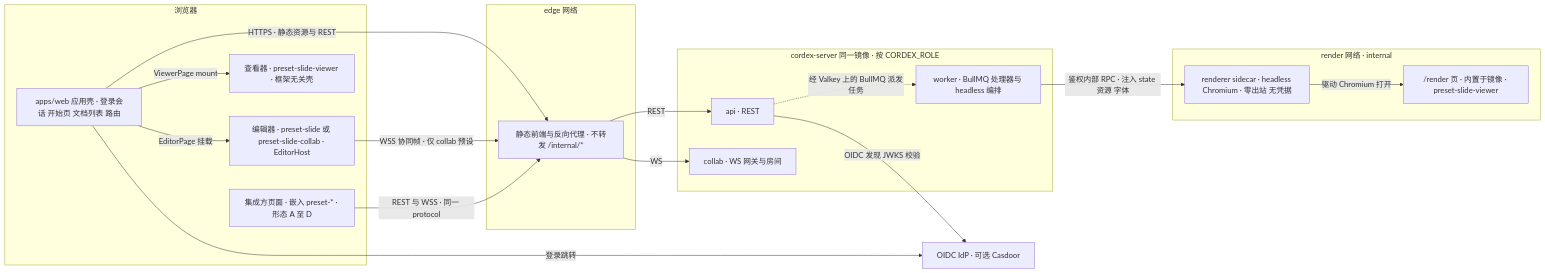
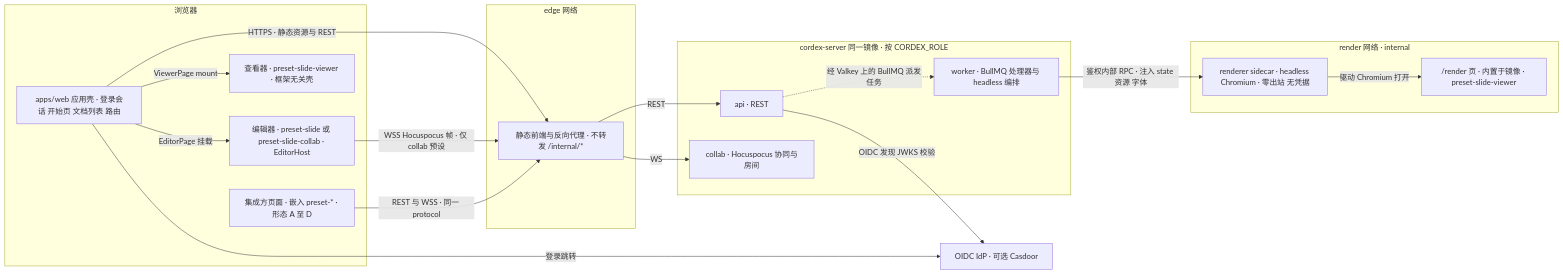
The second of 36 diagrams in docs/40-modules/18-atlas-system-and-frontend.md (Xeonice/cordis-ppt-editor), drawn with Mermaid before and after one commit. The commit also changed other lines of this file and 78 other files, not shown here.

````diff
--- a/docs/40-modules/18-atlas-system-and-frontend.md
+++ b/docs/40-modules/18-atlas-system-and-frontend.md
@@ -63,34 +63,34 @@
 ```mermaid
 flowchart LR
   subgraph browser["浏览器"]
     appShell["apps/web 应用壳 · 登录会话 开始页 文档列表 路由"]
     editorC["编辑器 · preset-slide 或 preset-slide-collab · EditorHost"]
     viewerC["查看器 · preset-slide-viewer · 框架无关壳"]
     embedC["集成方页面 · 嵌入 preset-* · 形态 A 至 D"]
   end
   subgraph edgeNet["edge 网络"]
     proxy["静态前端与反向代理 · 不转发 /internal/*"]
   end
   subgraph app["cordex-server 同一镜像 · 按 CORDEX_ROLE"]
     apiC["api · REST"]
-    collabC["collab · WS 网关与房间"]
+    collabC["collab · Hocuspocus 协同与房间"]
     workerC["worker · BullMQ 处理器与 headless 编排"]
   end
   subgraph renderNet["render 网络 · internal"]
     rendererC["renderer sidecar · headless Chromium · 零出站 无凭据"]
     renderPage["/render 页 · 内置于镜像 · preset-slide-viewer"]
   end
   idpC["OIDC IdP · 可选 Casdoor"]
   appShell -- "EditorPage 挂载" --> editorC
   appShell -- "ViewerPage mount" --> viewerC
   appShell -- "HTTPS · 静态资源与 REST" --> proxy
-  editorC -- "WSS 协同帧 · 仅 collab 预设" --> proxy
+  editorC -- "WSS Hocuspocus 帧 · 仅 collab 预设" --> proxy
   embedC -- "REST 与 WSS · 同一 protocol" --> proxy
   proxy -- "REST" --> apiC
   proxy -- "WS" --> collabC
   apiC -. "经 Valkey 上的 BullMQ 派发任务" .-> workerC
   workerC -- "鉴权内部 RPC · 注入 state 资源 字体" --> rendererC
   rendererC -- "驱动 Chromium 打开" --> renderPage
   appShell -- "登录跳转" --> idpC
   apiC -- "OIDC 发现 JWKS 校验" --> idpC
 ```
````
